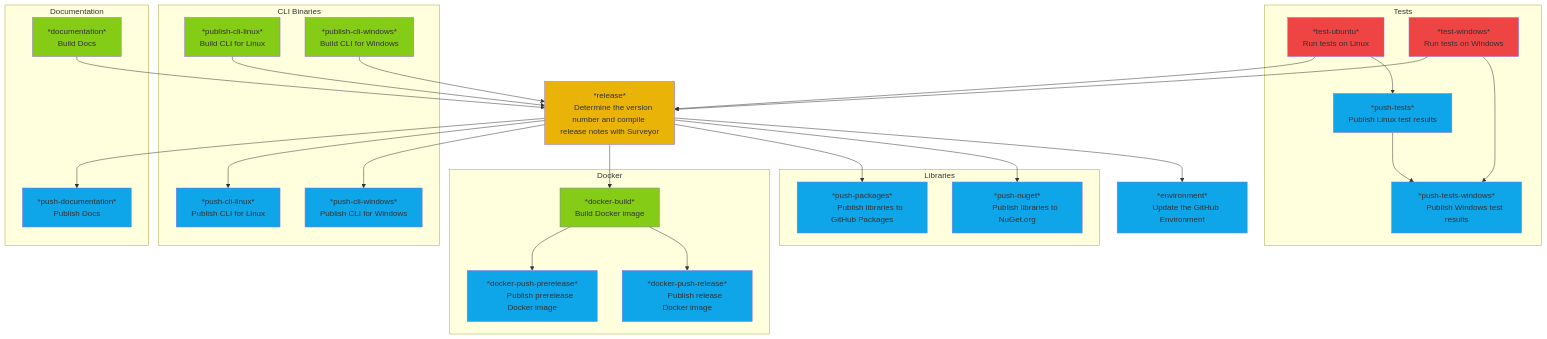
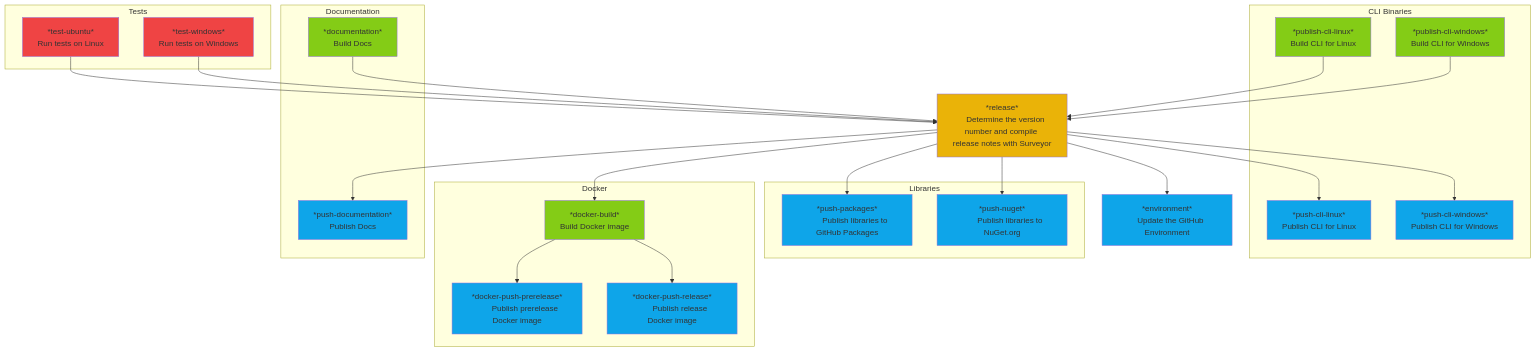
One commit to StudioLE/Actions changed the first of 4 diagrams in README.md. Above: the diagram before and after it, drawn with Mermaid. The commit also changed 2 other files, not shown here.

Commit message:
feat(ci-cd): Stop pushing test results to `StudioLE/Tests`
- The published results were rarely read, and `push-tests-windows` often failed the whole run with a rejected push
- Test results remain available as the `Tests-<os>-<arch>` workflow artifacts
- `tests_token` is now optional and unused; it stays declared because callers pass it by name and an undeclared secret fails the run

````diff
--- a/README.md
+++ b/README.md
@@ -9,80 +9,72 @@
 ```mermaid
 flowchart TD
     subgraph TESTS[Tests]
         test-ubuntu[*test-ubuntu*
         Run tests on Linux]:::TEST
         test-windows[*test-windows*
         Run tests on Windows]:::TEST
-        push-tests[*push-tests*
-        Publish Linux test results]:::PUSH
-        push-tests-windows[*push-tests-windows*
-        Publish Windows test results]:::PUSH
     end
 
     subgraph CLI[CLI Binaries]
         publish-cli-linux[*publish-cli-linux*
         Build CLI for Linux]:::BUILD
         publish-cli-windows[*publish-cli-windows*
         Build CLI for Windows]:::BUILD
         push-cli-linux[*push-cli-linux*
         Publish CLI for Linux]:::PUSH
         push-cli-windows[*push-cli-windows*
         Publish CLI for Windows]:::PUSH
     end
 
     release[*release*
     Determine the version number and compile release notes with Surveyor]:::RELEASE
 
     subgraph DOC[Documentation]
         documentation[*documentation*
         Build Docs]:::BUILD
         push-documentation[*push-documentation*
         Publish Docs]:::PUSH
     end
 
     subgraph LIB[Libraries]
         push-packages[*push-packages*
         Publish libraries to GitHub Packages]:::PUSH
         push-nuget[*push-nuget*
         Publish libraries to NuGet.org]:::PUSH
     end
 
     environment[*environment*
     Update the GitHub Environment]:::PUSH
 
     subgraph DOCKER[Docker]
         docker-build[*docker-build*
         Build Docker image]:::BUILD
         docker-push-prerelease[*docker-push-prerelease*
         Publish prerelease Docker image]:::PUSH
         docker-push-release[*docker-push-release*
         Publish release Docker image]:::PUSH
     end
 
     test-ubuntu --> release
     test-windows --> release
     publish-cli-linux --> release
     publish-cli-windows --> release
     documentation --> release
 
     release --> docker-build
     release --> push-packages
     release --> push-nuget
     release --> push-cli-linux
     release --> push-cli-windows
     release --> push-documentation
     release --> environment
 
     docker-build --> docker-push-prerelease
     docker-build --> docker-push-release
 
-    test-ubuntu --> push-tests
-    test-windows --> push-tests-windows
-    push-tests --> push-tests-windows
-
     %% Styling with Tailwind colors
     classDef TEST fill:#ef4444
     classDef BUILD fill:#84cc16
     classDef RELEASE fill:#eab308
     classDef PUSH fill:#0ea5e9
 ```
````
